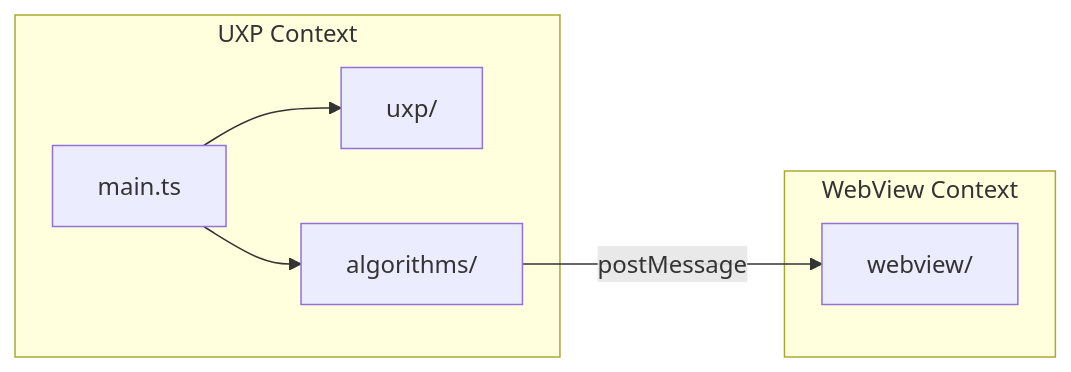
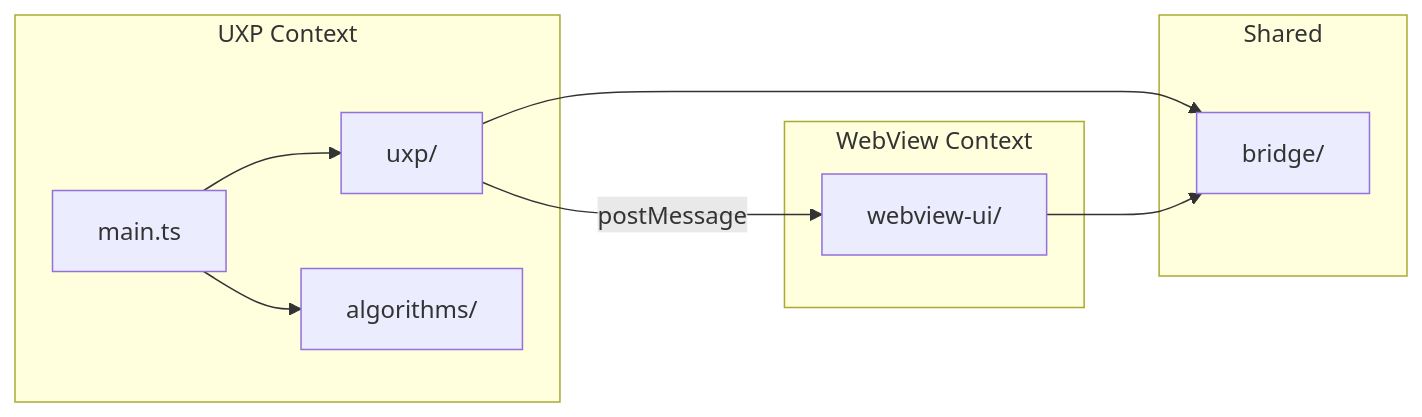
One commit to matee911/huechord changed the diagram in docs/project-structure.md. Above: the diagram before and after it, drawn with Mermaid. The commit also changed other lines of this file and 12 other files, not shown here.

````diff
--- a/docs/project-structure.md
+++ b/docs/project-structure.md
@@ -57,16 +58,22 @@
 ```mermaid
 graph LR
     subgraph UXP Context
         M[main.ts]
         U[uxp/]
         A[algorithms/]
     end
 
+    subgraph Shared
+        B[bridge/]
+    end
+
     subgraph WebView Context
-        W[webview/]
+        W[webview-ui/]
     end
 
     M --> U
     M --> A
-    A -->|postMessage| W
+    U --> B
+    W --> B
+    U -->|postMessage| W
 ```
````
